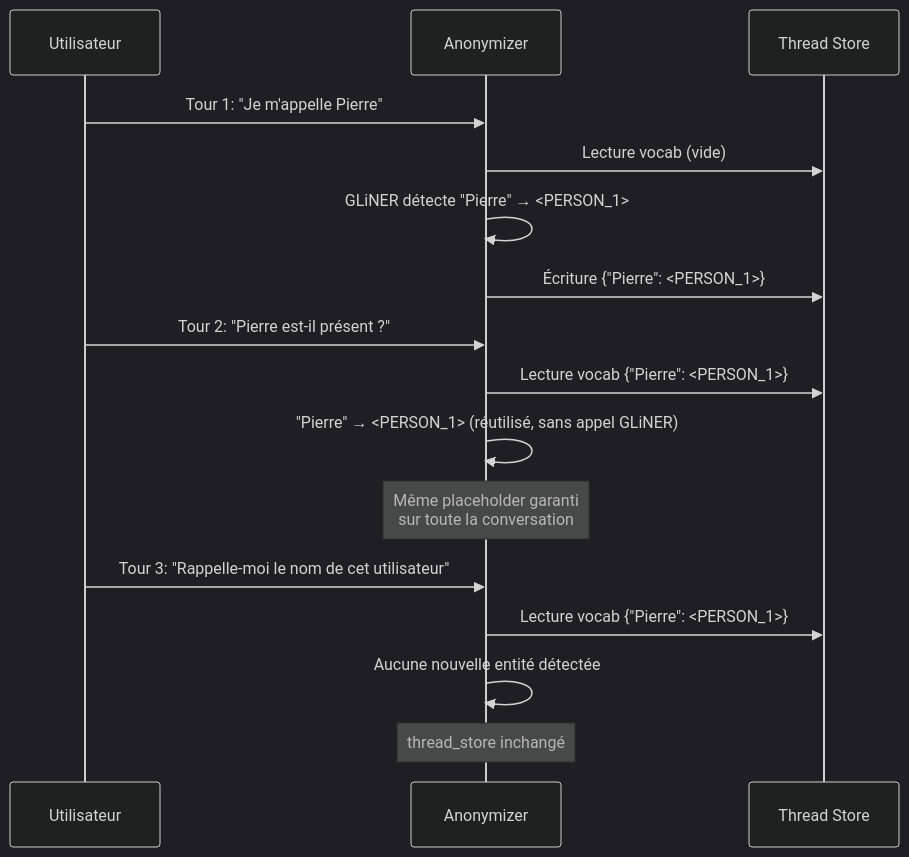
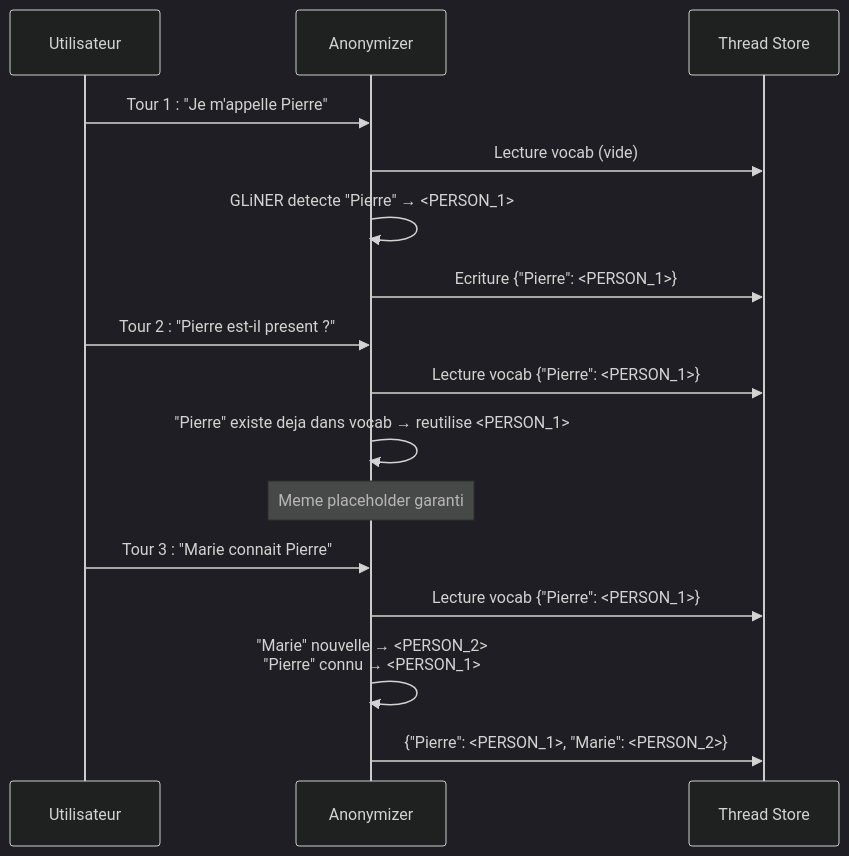
Before and after one commit to Athroniaeth/piighost: the second of 2 diagrams in docs/architecture.md, drawn with Mermaid (dark theme). The commit also changed other lines of this file and 11 other files, not shown here.

````diff
--- a/docs/architecture.md
+++ b/docs/architecture.md
@@ -167,21 +254,21 @@
 ```mermaid
 sequenceDiagram
     participant U as Utilisateur
     participant A as Anonymizer
     participant TS as Thread Store
 
-    U->>A: Tour 1: "Je m'appelle Pierre"
+    U->>A: Tour 1 : "Je m'appelle Pierre"
     A->>TS: Lecture vocab (vide)
-    A->>A: GLiNER détecte "Pierre" → <PERSON_1>
-    A->>TS: Écriture {"Pierre": <PERSON_1>}
+    A->>A: GLiNER detecte "Pierre" → <PERSON_1>
+    A->>TS: Ecriture {"Pierre": <PERSON_1>}
 
-    U->>A: Tour 2: "Pierre est-il présent ?"
+    U->>A: Tour 2 : "Pierre est-il present ?"
     A->>TS: Lecture vocab {"Pierre": <PERSON_1>}
-    A->>A: "Pierre" → <PERSON_1> (réutilisé, sans appel GLiNER)
-    Note over A: Même placeholder garanti<br/>sur toute la conversation
+    A->>A: "Pierre" existe deja dans vocab → reutilise <PERSON_1>
+    Note over A: Meme placeholder garanti
 
-    U->>A: Tour 3: "Rappelle-moi le nom de cet utilisateur"
+    U->>A: Tour 3 : "Marie connait Pierre"
     A->>TS: Lecture vocab {"Pierre": <PERSON_1>}
-    A->>A: Aucune nouvelle entité détectée
-    Note over A: thread_store inchangé
+    A->>A: "Marie" nouvelle → <PERSON_2><br/>"Pierre" connu → <PERSON_1>
+    A->>TS: {"Pierre": <PERSON_1>, "Marie": <PERSON_2>}
 ```
````
